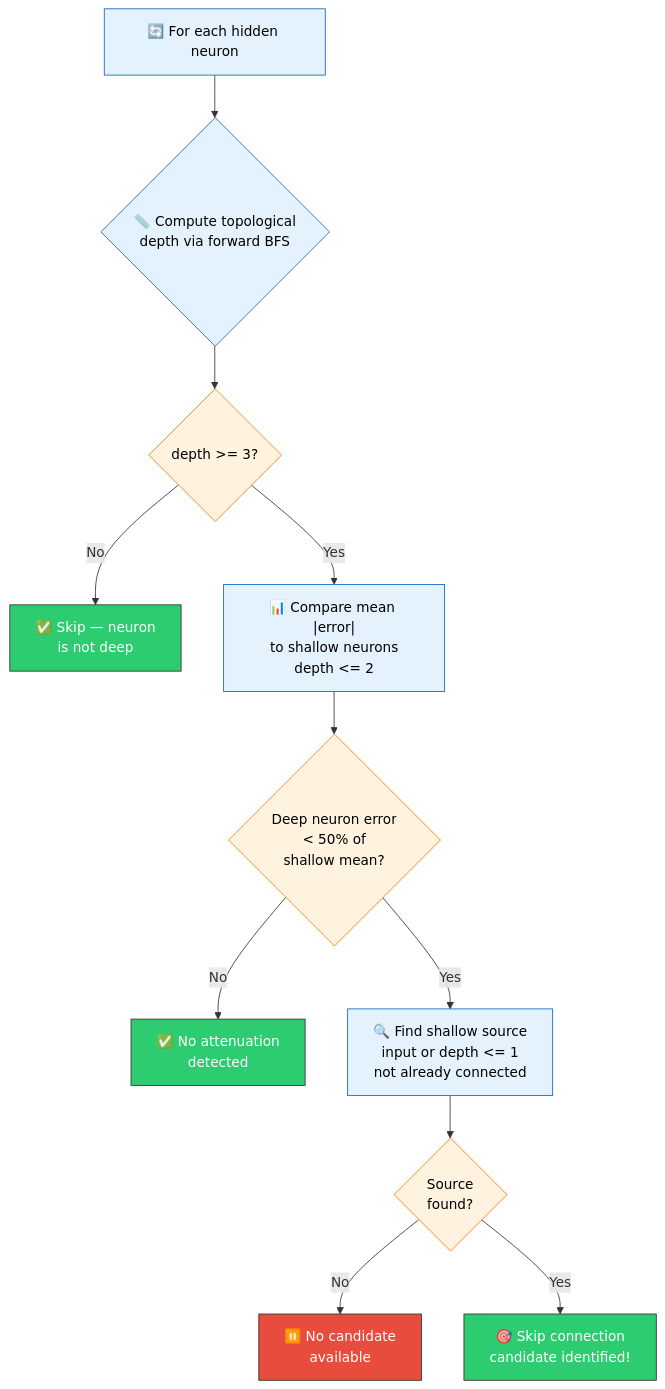
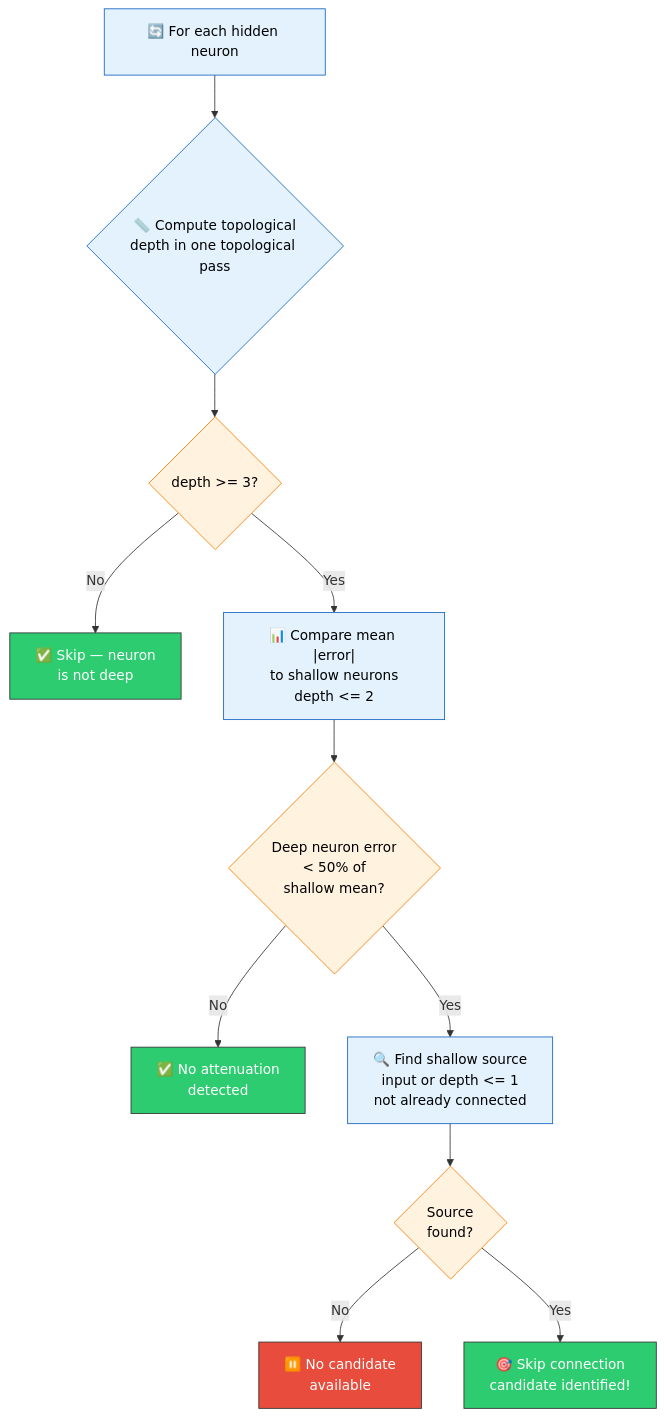
One commit to stSoftwareAU/NEAT-AI-Discovery changed the second of 3 diagrams in docs/discoveries/skip-connection.md. Above: the diagram before and after it, drawn with Mermaid. The commit also changed 8 other files, not shown here.

````diff
--- a/docs/discoveries/skip-connection.md
+++ b/docs/discoveries/skip-connection.md
@@ -49,18 +49,18 @@
 ```mermaid
 flowchart TD
-    A["🔄 For each hidden neuron"]:::process --> B{"📏 Compute topological<br/>depth via forward BFS"}:::process
+    A["🔄 For each hidden neuron"]:::process --> B{"📏 Compute topological<br/>depth in one topological pass"}:::process
     B --> C{"depth >= 3?"}:::decision
     C -- No --> Skip["✅ Skip — neuron<br/>is not deep"]:::output
     C -- Yes --> D["📊 Compare mean |error|<br/>to shallow neurons<br/>depth <= 2"]:::process
     D --> E{"Deep neuron error<br/>< 50% of<br/>shallow mean?"}:::decision
     E -- No --> NoAtten["✅ No attenuation<br/>detected"]:::output
     E -- Yes --> F["🔍 Find shallow source<br/>input or depth <= 1<br/>not already connected"]:::process
     F --> G{"Source<br/>found?"}:::decision
     G -- No --> NoSource["⏸️ No candidate<br/>available"]:::problem
     G -- Yes --> H["🎯 Skip connection<br/>candidate identified!"]:::output
 
     classDef process fill:#e3f2fd,stroke:#1565c0,color:#000
     classDef decision fill:#fff3e0,stroke:#f57c00,color:#000
     classDef output fill:#2ecc71,stroke:#333,color:#fff
     classDef problem fill:#e74c3c,stroke:#333,color:#fff
 ```
````
